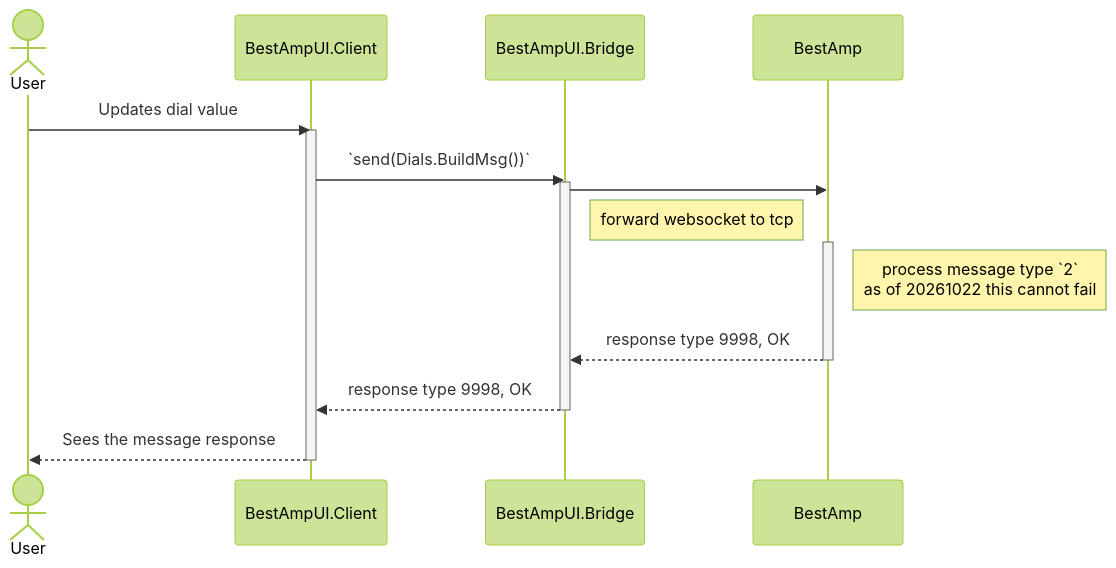
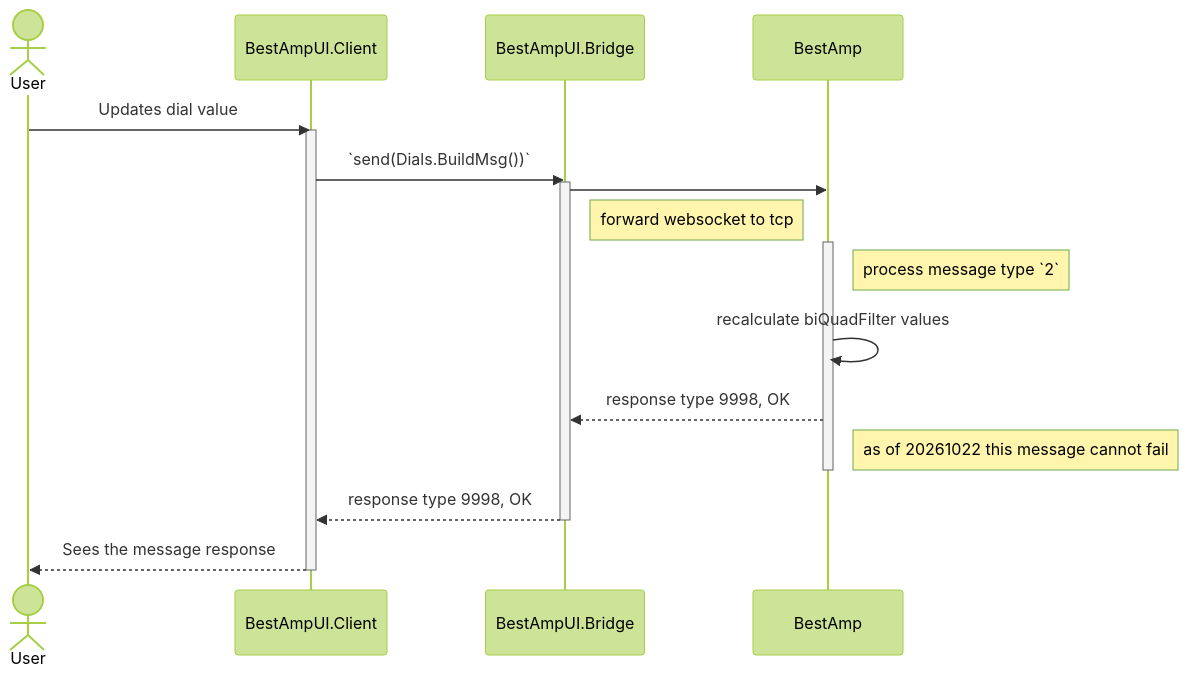
One commit to Even-Better-Software/BestAmp changed the diagram in docs/ba_update_amp_values_seq.mmd. Above: the diagram before and after it, drawn with Mermaid (forest theme). The commit also changed 1 other file, not shown here.

```diff
--- a/docs/ba_update_amp_values_seq.mmd
+++ b/docs/ba_update_amp_values_seq.mmd
@@ -1,26 +1,28 @@
 sequenceDiagram
     actor U as User
 
     participant C   as BestAmpUI.Client
     participant B   as BestAmpUI.Bridge
     participant A1  as BestAmp
 
 
     %% start
 
     U ->> C: Updates dial value
     activate C
     C ->> B: `send(Dials.BuildMsg())`
     activate B
     B ->> A1: 
     Note right of B: forward websocket to tcp
     activate A1
-    Note right of A1: process message type `2`<br/>as of 20261022 this cannot fail
+    Note right of A1: process message type `2`
+    A1 ->> A1: recalculate biQuadFilter values
     A1 -->> B: response type 9998, OK
+    Note right of A1: as of 20261022 this message cannot fail
     deactivate A1
     B -->> C: response type 9998, OK
     deactivate B
     C -->> U: Sees the message response
     deactivate C
 
     %% end
```
